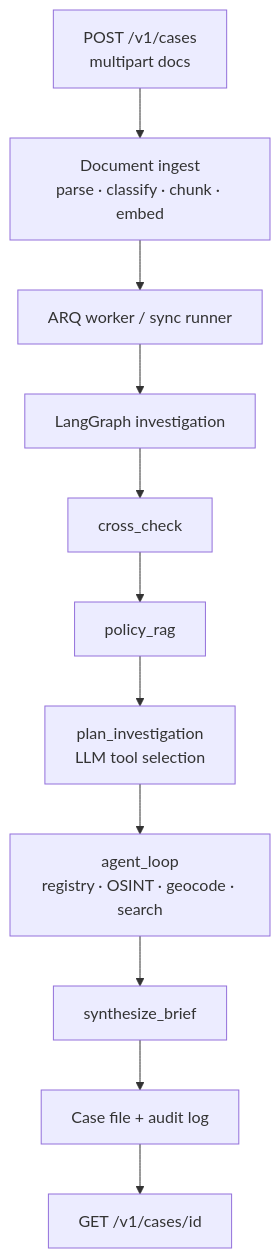
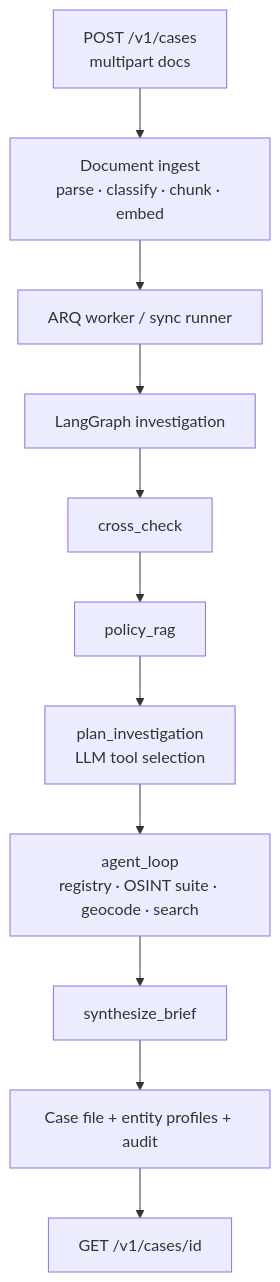
The diagram in docs/ARCHITECTURE.md (alsy99/underwrite-agent), drawn with Mermaid before and after one commit. The commit also changed other lines of this file and 33 other files, not shown here.

````diff
--- a/docs/ARCHITECTURE.md
+++ b/docs/ARCHITECTURE.md
@@ -7,13 +7,13 @@
 ```mermaid
 flowchart TD
   A[POST /v1/cases<br/>multipart docs] --> B[Document ingest<br/>parse · classify · chunk · embed]
   B --> C[ARQ worker / sync runner]
   C --> D[LangGraph investigation]
   D --> E[cross_check]
   E --> F[policy_rag]
   F --> G[plan_investigation<br/>LLM tool selection]
-  G --> H[agent_loop<br/>registry · OSINT · geocode · search]
+  G --> H[agent_loop<br/>registry · OSINT suite · geocode · search]
   H --> I[synthesize_brief]
-  I --> J[Case file + audit log]
+  I --> J[Case file + entity profiles + audit]
   J --> K[GET /v1/cases/id]
 ```
````
